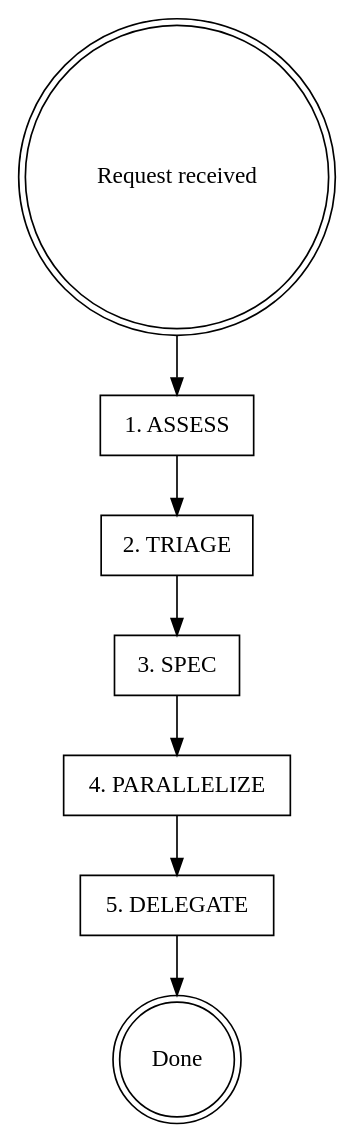
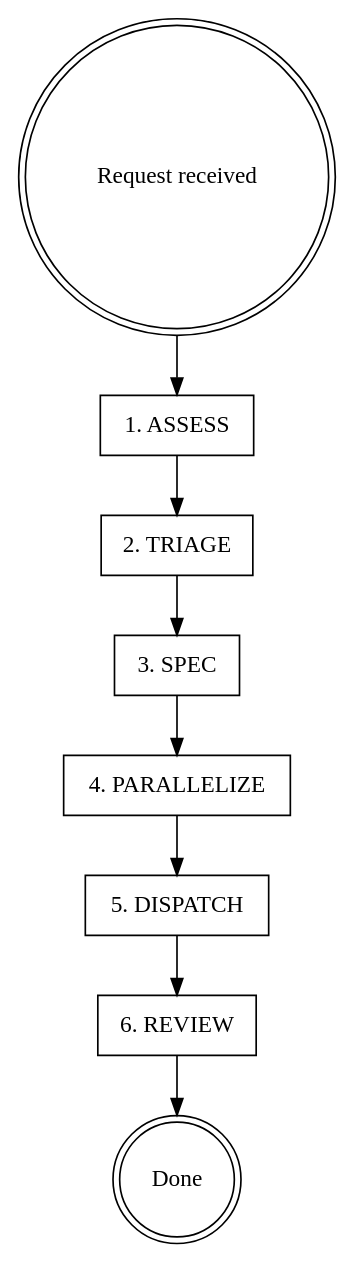
The diagram in .claude/skills/product-manager/SKILL.md (Kevcheezy/tiktok-creator-app), drawn with Graphviz before and after one commit. The commit also changed other lines of this file and 1 other file, not shown here.

First line of the commit message:
feat: upgrade PM skill with dev team dispatch capability

````diff
--- a/.claude/skills/product-manager/SKILL.md
+++ b/.claude/skills/product-manager/SKILL.md
@@ -12,18 +12,20 @@
 ```dot
 digraph pm_workflow {
     "Request received" [shape=doublecircle];
     "1. ASSESS" [shape=box];
     "2. TRIAGE" [shape=box];
     "3. SPEC" [shape=box];
     "4. PARALLELIZE" [shape=box];
-    "5. DELEGATE" [shape=box];
+    "5. DISPATCH" [shape=box];
+    "6. REVIEW" [shape=box];
     "Done" [shape=doublecircle];
 
     "Request received" -> "1. ASSESS";
     "1. ASSESS" -> "2. TRIAGE";
     "2. TRIAGE" -> "3. SPEC";
     "3. SPEC" -> "4. PARALLELIZE";
-    "4. PARALLELIZE" -> "5. DELEGATE";
-    "5. DELEGATE" -> "Done";
+    "4. PARALLELIZE" -> "5. DISPATCH";
+    "5. DISPATCH" -> "6. REVIEW";
+    "6. REVIEW" -> "Done";
 }
 ```
````
